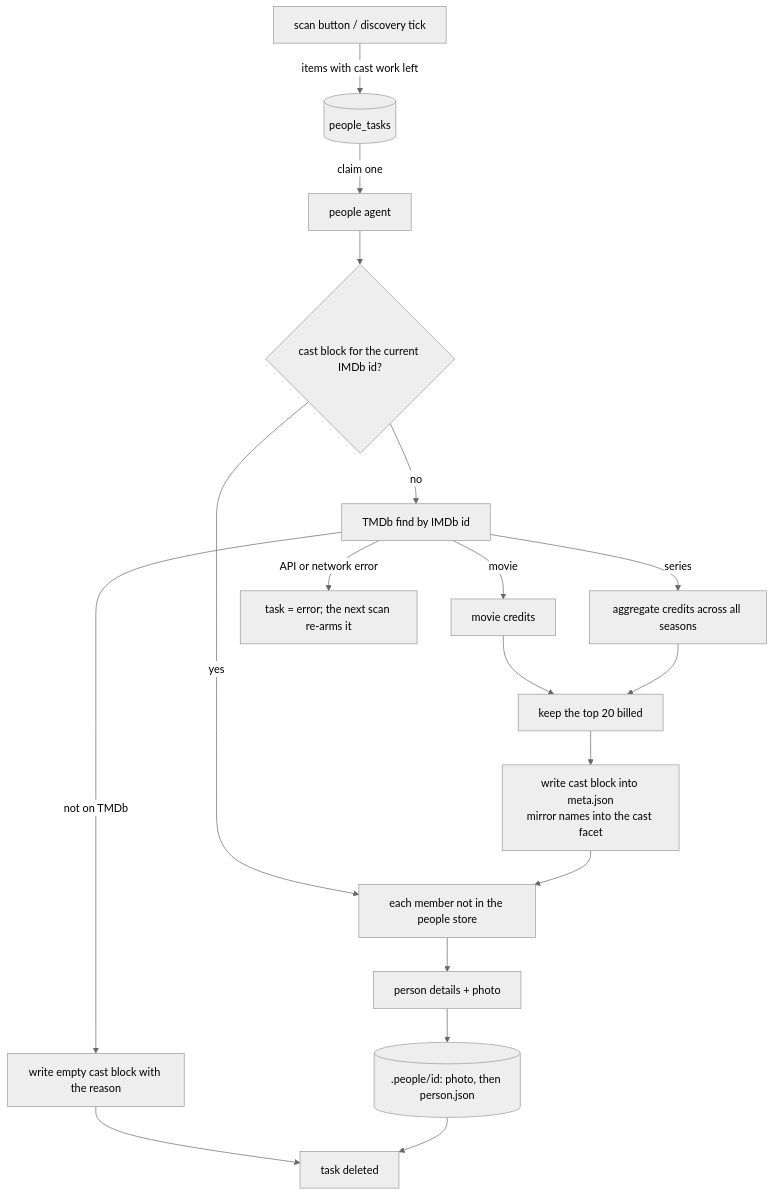
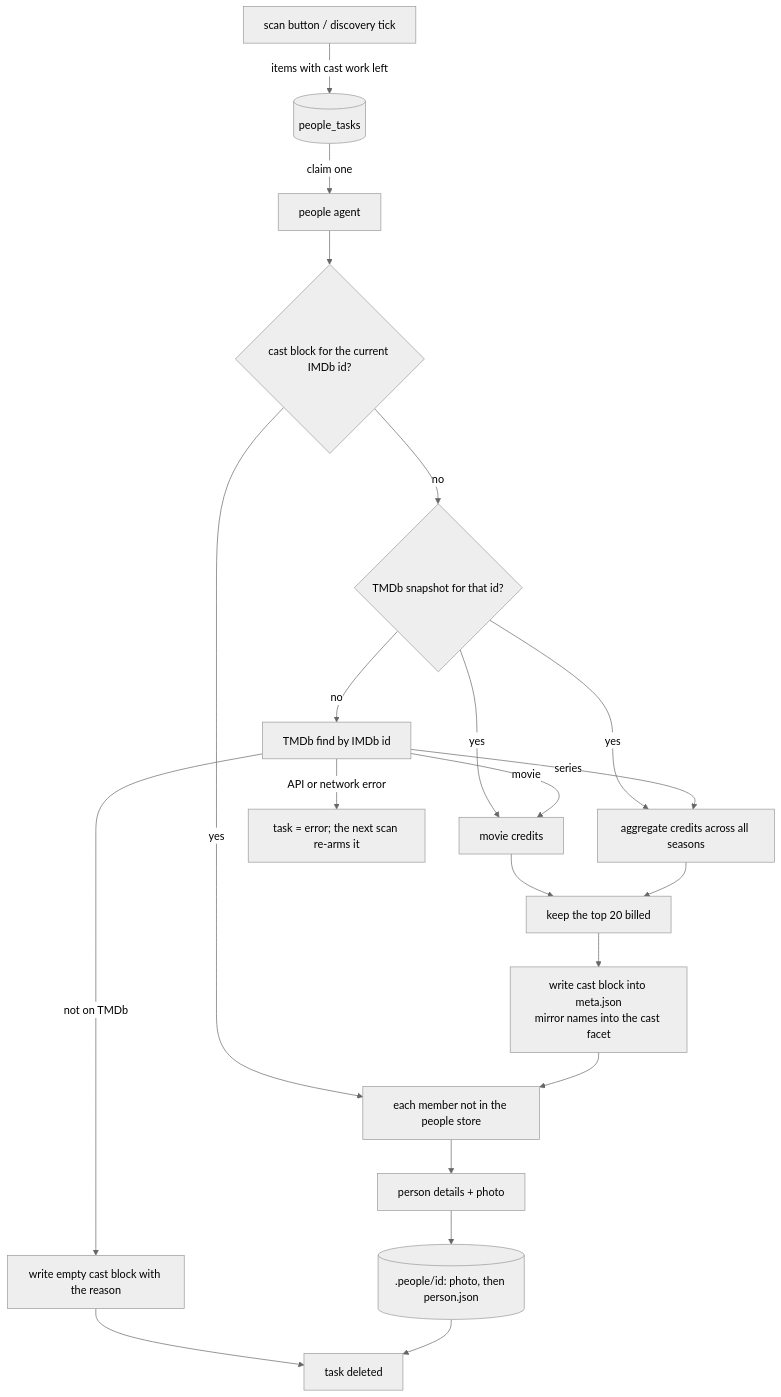
One commit to xuedi/FileFin changed the second of 2 diagrams in docs/agents/people.md. Above: the diagram before and after it, drawn with Mermaid (neutral theme). The commit also changed other lines of this file and 55 other files, not shown here.

````diff
--- a/docs/agents/people.md
+++ b/docs/agents/people.md
@@ -61,19 +62,21 @@
 ```mermaid
 flowchart TD
     SCAN[scan button / discovery tick] -->|items with cast work left| Q[(people_tasks)]
     Q -->|claim one| A[people agent]
     A --> HAS{cast block for the current IMDb id?}
     HAS -->|yes| PEOPLE
-    HAS -->|no| FIND[TMDb find by IMDb id]
+    HAS -->|no| TM{TMDb snapshot for that id?}
+    TM -->|yes| MC & TC
+    TM -->|no| FIND[TMDb find by IMDb id]
     FIND -->|not on TMDb| EMPTY[write empty cast block with the reason]
     FIND -->|movie| MC[movie credits]
     FIND -->|series| TC[aggregate credits across all seasons]
     MC & TC --> TOP[keep the top 20 billed]
     TOP --> W[write cast block into meta.json<br/>mirror names into the cast facet]
     W --> PEOPLE[each member not in the people store]
     EMPTY --> DONE
     PEOPLE --> P[person details + photo]
     P --> S[(.people/id: photo, then person.json)]
     S --> DONE[task deleted]
     FIND -->|API or network error| ERR[task = error; the next scan re-arms it]
 ```
````
